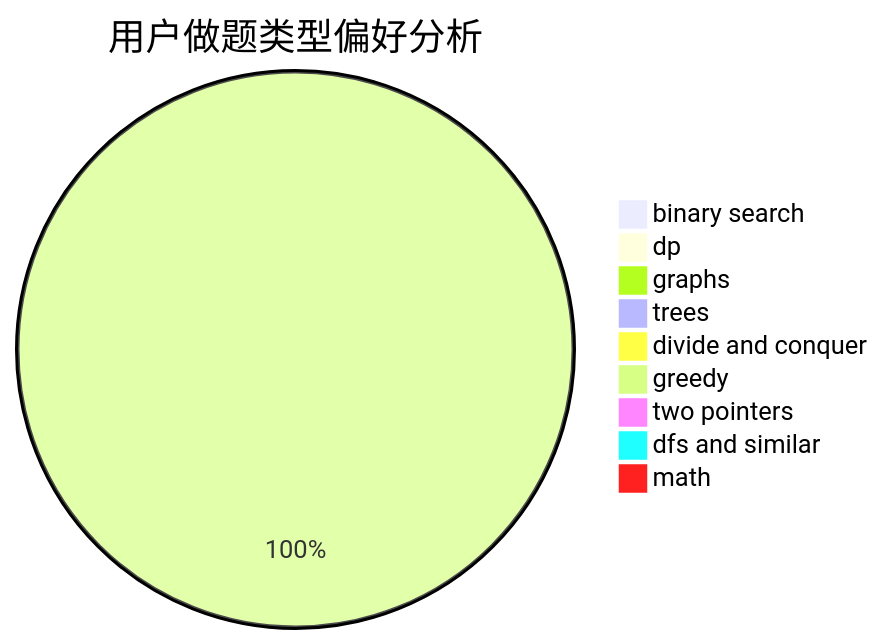
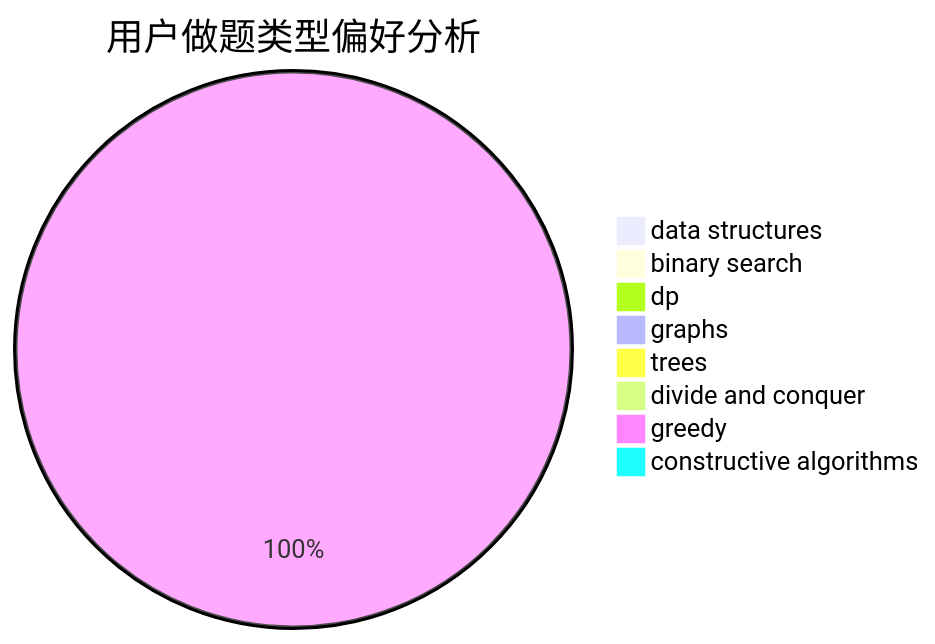
One commit to sherpahu/cfrs.github.io changed the second of 3 diagrams in docs/user/u269.md. Above: the diagram before and after it, drawn with Mermaid. The commit also changed other lines of this file and 2775 other files, not shown here.

````diff
--- a/docs/user/u269.md
+++ b/docs/user/u269.md
@@ -23,12 +23,11 @@
 ```mermaid
 pie title 用户做题类型偏好分析
+    "data structures" :  0
     "binary search" :  0
     "dp" :  0
     "graphs" :  0
     "trees" :  0
     "divide and conquer" :  0
     "greedy" :  1
-    "two pointers" :  0
-    "dfs and similar" :  0
-    "math" :  0
+    "constructive algorithms" :  0
 ```
````
